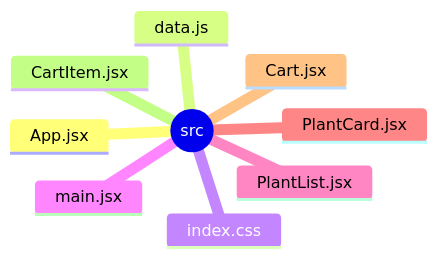
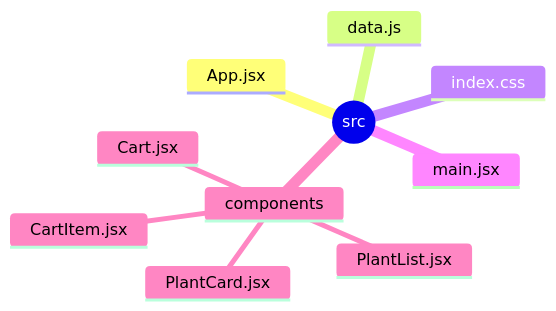
Before and after one commit to EmilieSJKL612/WS23_ProperPlants: the diagram in README.md, drawn with Mermaid.

Commit message:
Update README.md
update mindtree using mermaid

````diff
--- a/README.md
+++ b/README.md
@@ -5,18 +5,19 @@
 ```mermaid
 
 mindmap
   root((src))
     App.jsx
     data.js
     index.css
     main.jsx
-    PlantList.jsx
-    PlantCard.jsx
-    Cart.jsx
-    CartItem.jsx
+    components
+      PlantList.jsx
+      PlantCard.jsx
+      Cart.jsx
+      CartItem.jsx
 
 
 
 
 
 ```
````
